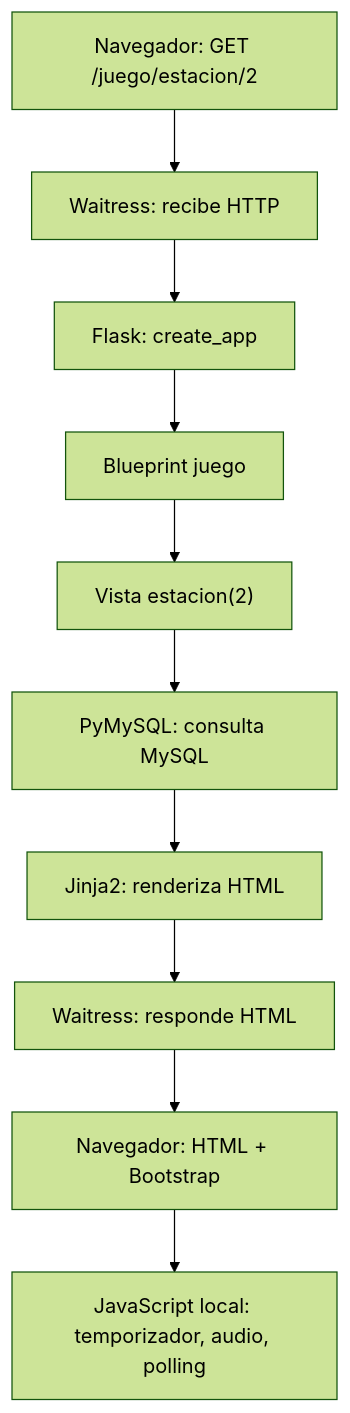
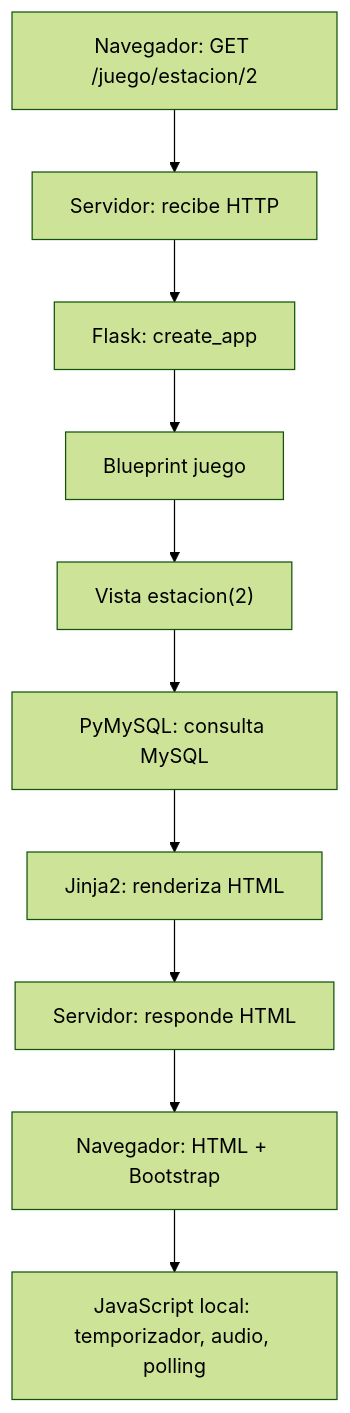
One commit to jcondeipeayt186/escaperoom7B26 changed the diagram in docs/tecnologias.md. Above: the diagram before and after it, drawn with Mermaid (forest theme). The commit also changed other lines of this file and 47 other files, not shown here.

````diff
--- a/docs/tecnologias.md
+++ b/docs/tecnologias.md
@@ -811,12 +818,12 @@
 ```mermaid
 flowchart TD
-    A["Navegador: GET /juego/estacion/2"] --> B["Waitress: recibe HTTP"]
+    A["Navegador: GET /juego/estacion/2"] --> B["Servidor: recibe HTTP"]
     B --> C["Flask: create_app"]
     C --> D["Blueprint juego"]
     D --> E["Vista estacion(2)"]
     E --> F["PyMySQL: consulta MySQL"]
     F --> G["Jinja2: renderiza HTML"]
-    G --> H["Waitress: responde HTML"]
+    G --> H["Servidor: responde HTML"]
     H --> I["Navegador: HTML + Bootstrap"]
     I --> J["JavaScript local: temporizador, audio, polling"]
 ```
````
